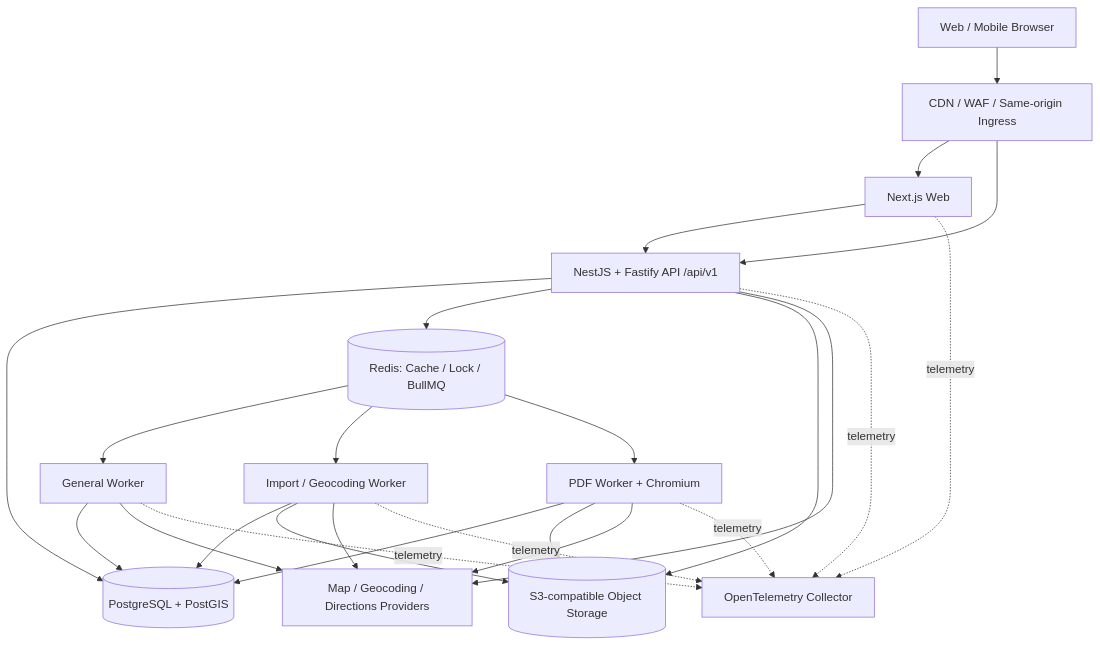
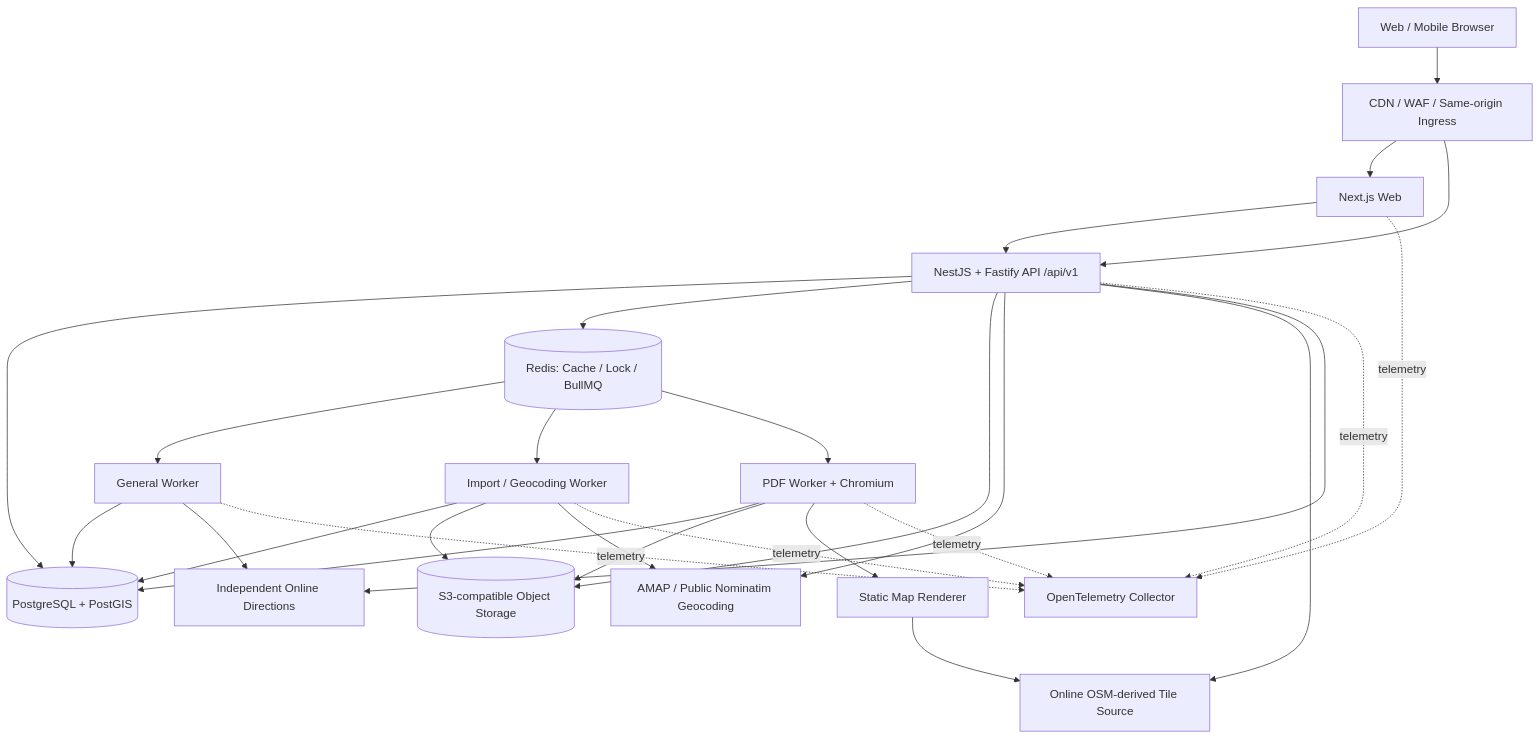
Before and after one commit to zinan-c/OnTheRoad: the third of 10 diagrams in docs/DESIGN.md, drawn with Mermaid. The commit also changed other lines of this file and 49 other files, not shown here.

Commit message:
feat(map): complete Nominatim runtime and workspace cleanup

````diff
--- a/docs/DESIGN.md
+++ b/docs/DESIGN.md
@@ -451,40 +448,46 @@
 ```mermaid
 flowchart TB
   U["Web / Mobile Browser"]
   CDN["CDN / WAF / Same-origin Ingress"]
   WEB["Next.js Web"]
   API["NestJS + Fastify API /api/v1"]
   DB[("PostgreSQL + PostGIS")]
   REDIS[("Redis: Cache / Lock / BullMQ")]
   S3[("S3-compatible Object Storage")]
   W1["General Worker"]
   W2["Import / Geocoding Worker"]
   W3["PDF Worker + Chromium"]
-  MAP["Map / Geocoding / Directions Providers"]
+  GEO["AMAP / Public Nominatim Geocoding"]
+  TILE["Online OSM-derived Tile Source"]
+  DIR["Independent Online Directions"]
+  STATIC["Static Map Renderer"]
   OTEL["OpenTelemetry Collector"]
 
   U --> CDN
   CDN --> WEB
   CDN --> API
   WEB --> API
   API --> DB
   API --> REDIS
   API --> S3
-  API --> MAP
+  API --> GEO
+  API --> TILE
+  API --> DIR
   REDIS --> W1
   REDIS --> W2
   REDIS --> W3
   W1 --> DB
-  W1 --> MAP
+  W1 --> DIR
   W2 --> DB
   W2 --> S3
-  W2 --> MAP
+  W2 --> GEO
   W3 --> DB
   W3 --> S3
-  W3 --> MAP
+  W3 --> STATIC
+  STATIC --> TILE
   WEB -. telemetry .-> OTEL
   API -. telemetry .-> OTEL
   W1 -. telemetry .-> OTEL
   W2 -. telemetry .-> OTEL
   W3 -. telemetry .-> OTEL
 ```
````
